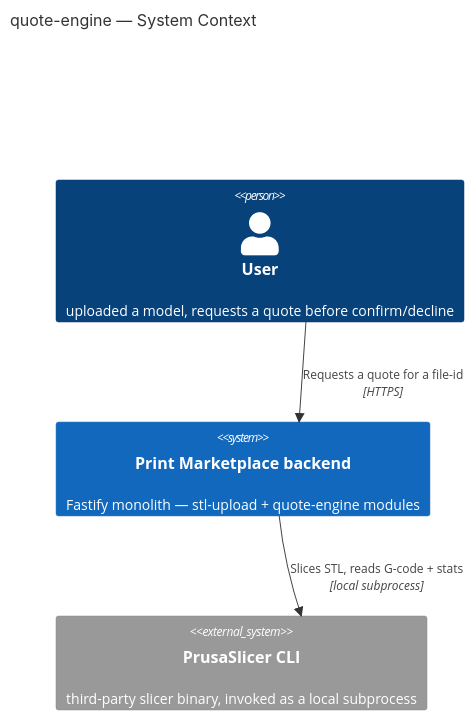
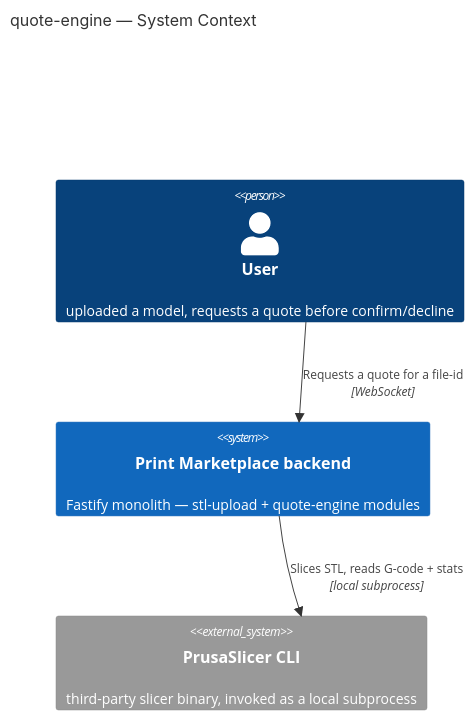
Before and after one commit to yahacom/print-marketplace: the first of 4 diagrams in docs/features/quote-engine/sad.md, drawn with Mermaid. The commit also changed other lines of this file and 1 other file, not shown here.

First line of the commit message:
feat(quote-engine): sad finalization (critic pass)

````diff
--- a/docs/features/quote-engine/sad.md
+++ b/docs/features/quote-engine/sad.md
@@ -73,11 +74,11 @@
 ```mermaid
 C4Context
     title quote-engine — System Context
 
     Person(user, "User", "uploaded a model, requests a quote before confirm/decline")
     System(marketplace, "Print Marketplace backend", "Fastify monolith — stl-upload + quote-engine modules")
     System_Ext(slicer, "PrusaSlicer CLI", "third-party slicer binary, invoked as a local subprocess")
 
-    Rel(user, marketplace, "Requests a quote for a file-id", "HTTPS")
+    Rel(user, marketplace, "Requests a quote for a file-id", "WebSocket")
     Rel(marketplace, slicer, "Slices STL, reads G-code + stats", "local subprocess")
 ```
````
